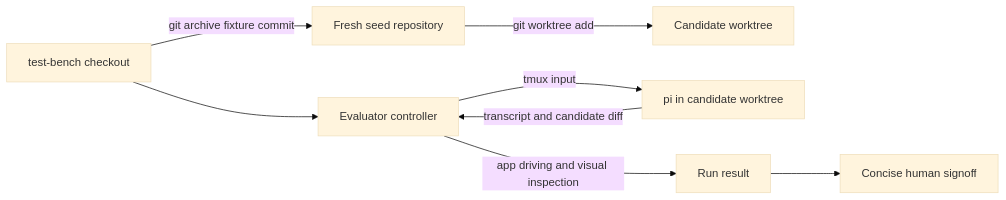
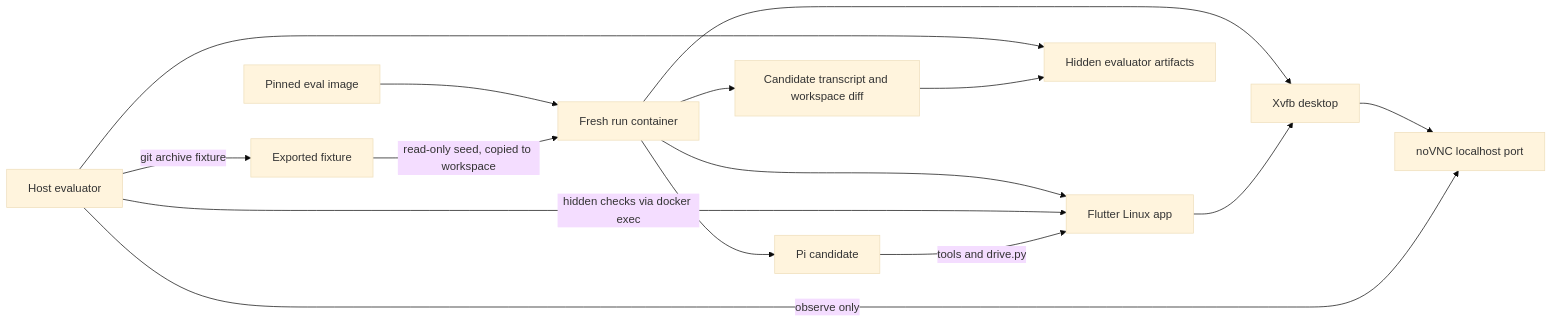
One commit to maxim-saplin/nothingness changed the diagram in evals/plan.md. Above: the diagram before and after it, drawn with Mermaid (base theme). The commit also changed other lines of this file and 3 other files, not shown here.

````diff
--- a/evals/plan.md
+++ b/evals/plan.md
@@ -24,10 +60,17 @@
 ```mermaid
 flowchart LR
-    B[test-bench checkout] -->|git archive fixture commit| S[Fresh seed repository]
-    S -->|git worktree add| C[Candidate worktree]
-    B --> E[Evaluator controller]
-    E -->|tmux input| P[pi in candidate worktree]
-    P -->|transcript and candidate diff| E
-    E -->|app driving and visual inspection| R[Run result]
-    R --> H[Concise human signoff]
+    R[Host evaluator] -->|git archive fixture| F[Exported fixture]
+    I[Pinned eval image] --> C[Fresh run container]
+    F -->|read-only seed, copied to workspace| C
+    C --> P[Pi candidate]
+    C --> A[Flutter Linux app]
+    C --> D[Xvfb desktop]
+    A --> D
+    D --> V[noVNC localhost port]
+    R -->|observe only| V
+    R -->|hidden checks via docker exec| A
+    P -->|tools and drive.py| A
+    C --> O[Candidate transcript and workspace diff]
+    R --> E[Hidden evaluator artifacts]
+    O --> E
 ```
````
